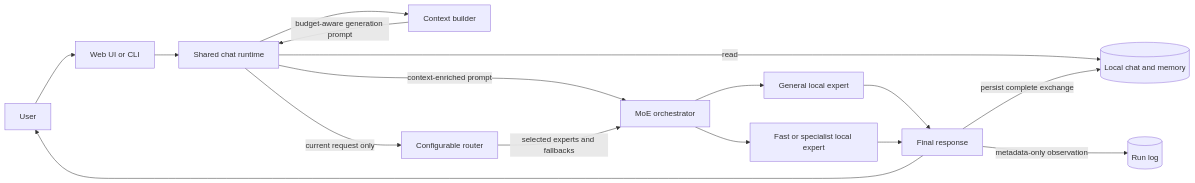
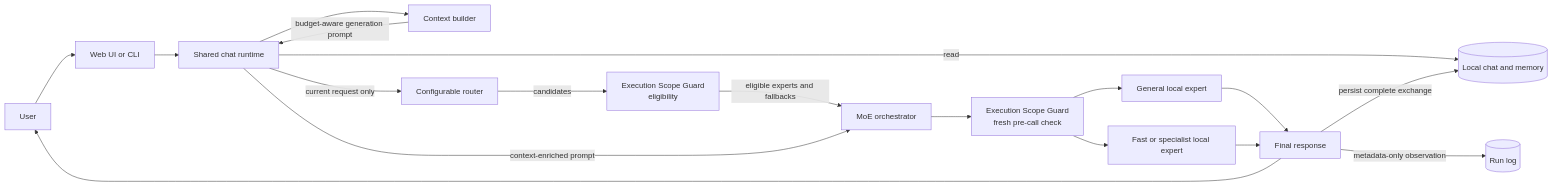
One commit to aantenore/myMoE changed the diagram in README.md. Above: the diagram before and after it, drawn with Mermaid. The commit also changed other lines of this file and 19 other files, not shown here.

Commit message:
docs: define execution scope contract

````diff
--- a/README.md
+++ b/README.md
@@ -32,18 +33,20 @@
 ```mermaid
 flowchart LR
     U["User"] --> E["Web UI or CLI"]
     E --> C["Shared chat runtime"]
     C -->|"read"| S[("Local chat and memory")]
     C --> X["Context builder"]
     X -->|"budget-aware generation prompt"| C
     C -->|"current request only"| R["Configurable router"]
-    C -->|"context-enriched prompt"| O["MoE orchestrator"]
-    R -->|"selected experts and fallbacks"| O
-    O --> G["General local expert"]
-    O --> F["Fast or specialist local expert"]
+    R -->|"candidates"| ESG["Execution Scope Guard<br/>eligibility"]
+    ESG -->|"eligible experts and fallbacks"| O["MoE orchestrator"]
+    C -->|"context-enriched prompt"| O
+    O --> PCG["Execution Scope Guard<br/>fresh pre-call check"]
+    PCG --> G["General local expert"]
+    PCG --> F["Fast or specialist local expert"]
     G --> P["Final response"]
     F --> P
     P -->|"persist complete exchange"| S
     P -->|"metadata-only observation"| L[("Run log")]
     P --> U
 ```
````
